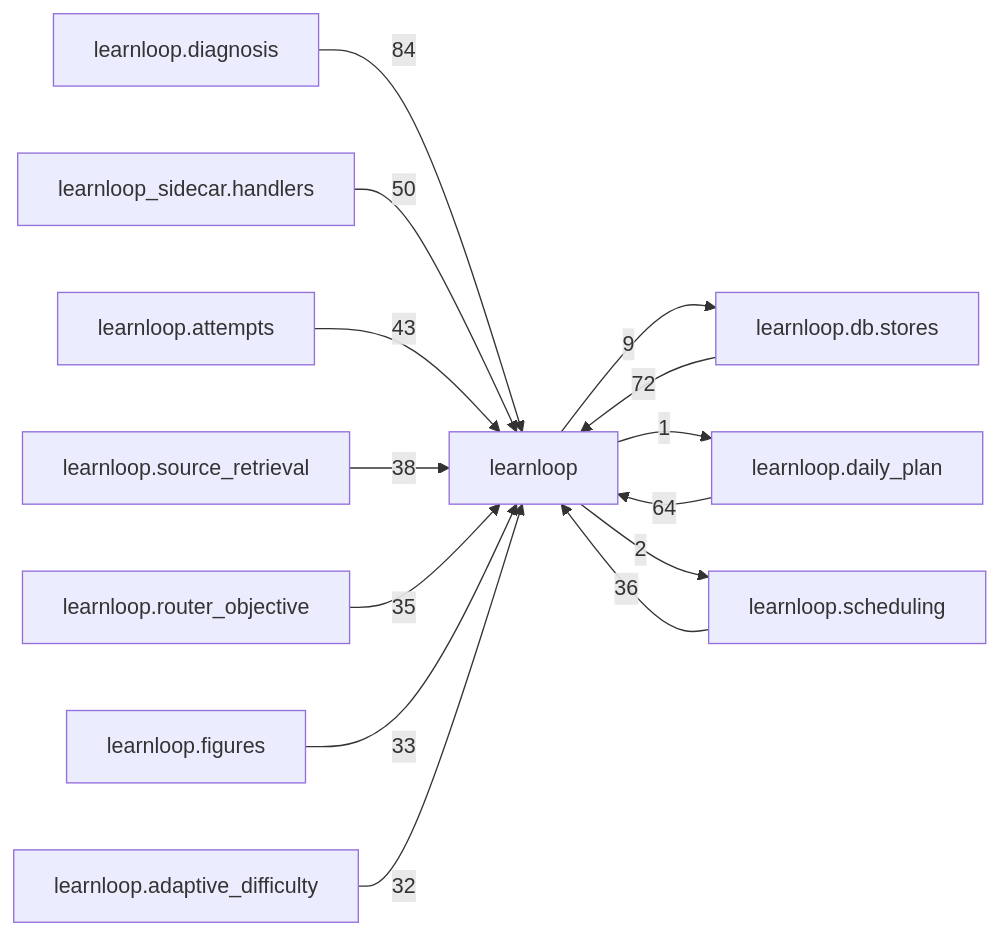
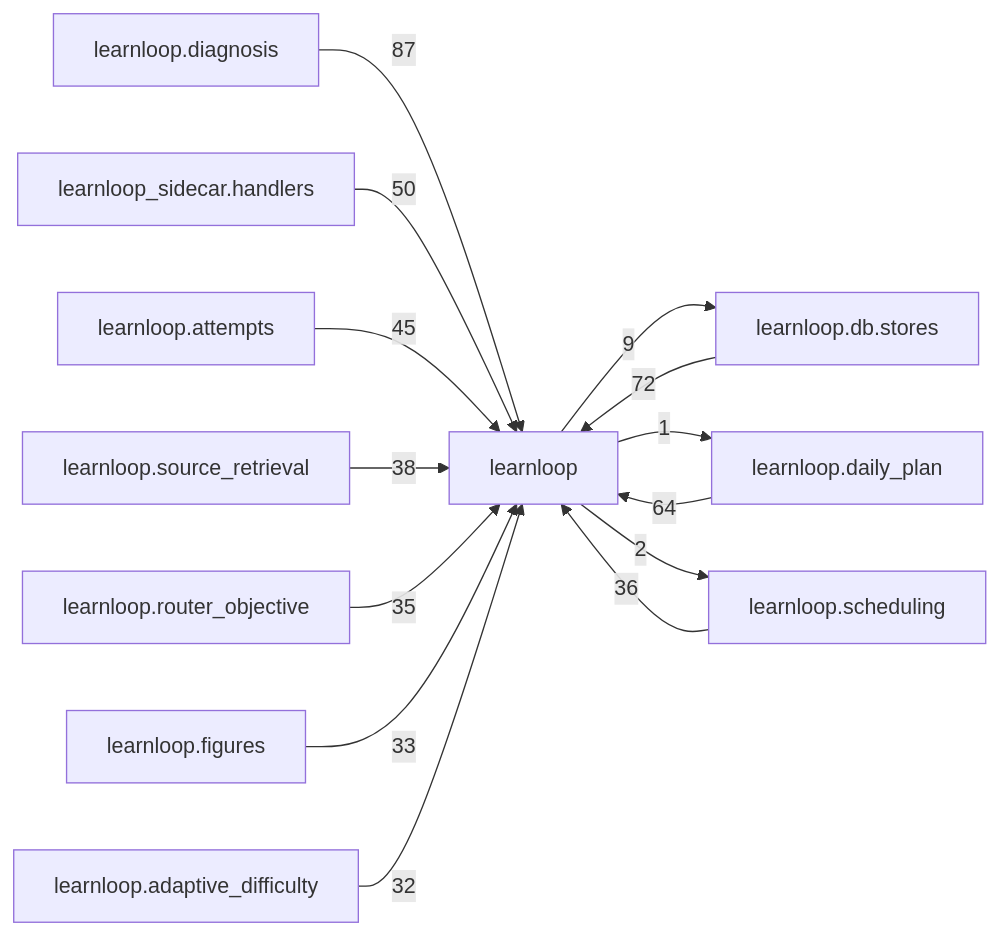
Before and after one commit to 6up-b/learnanything: the diagram in docs/learnloop-architecture-vault/Reference/Modules/learnloop/_package.md, drawn with Mermaid. The commit also changed other lines of this file and 112 other files, not shown here.

````diff
--- a/docs/learnloop-architecture-vault/Reference/Modules/learnloop/_package.md
+++ b/docs/learnloop-architecture-vault/Reference/Modules/learnloop/_package.md
@@ -261,27 +261,27 @@
 ```mermaid
 flowchart LR
     center["learnloop"]
     n_learnloop_diagnosis["learnloop.diagnosis"]
     n_learnloop_db_stores["learnloop.db.stores"]
     n_learnloop_daily_plan["learnloop.daily_plan"]
     n_learnloop_sidecar_handlers["learnloop_sidecar.handlers"]
     n_learnloop_attempts["learnloop.attempts"]
     n_learnloop_scheduling["learnloop.scheduling"]
     n_learnloop_source_retrieval["learnloop.source_retrieval"]
     n_learnloop_router_objective["learnloop.router_objective"]
     n_learnloop_figures["learnloop.figures"]
     n_learnloop_adaptive_difficulty["learnloop.adaptive_difficulty"]
-    n_learnloop_diagnosis -->|84| center
+    n_learnloop_diagnosis -->|87| center
     n_learnloop_db_stores -->|72| center
     center -->|9| n_learnloop_db_stores
     n_learnloop_daily_plan -->|64| center
     center -->|1| n_learnloop_daily_plan
     n_learnloop_sidecar_handlers -->|50| center
-    n_learnloop_attempts -->|43| center
+    n_learnloop_attempts -->|45| center
     n_learnloop_scheduling -->|36| center
     center -->|2| n_learnloop_scheduling
     n_learnloop_source_retrieval -->|38| center
     n_learnloop_router_objective -->|35| center
     n_learnloop_figures -->|33| center
     n_learnloop_adaptive_difficulty -->|32| center
 ```
````
